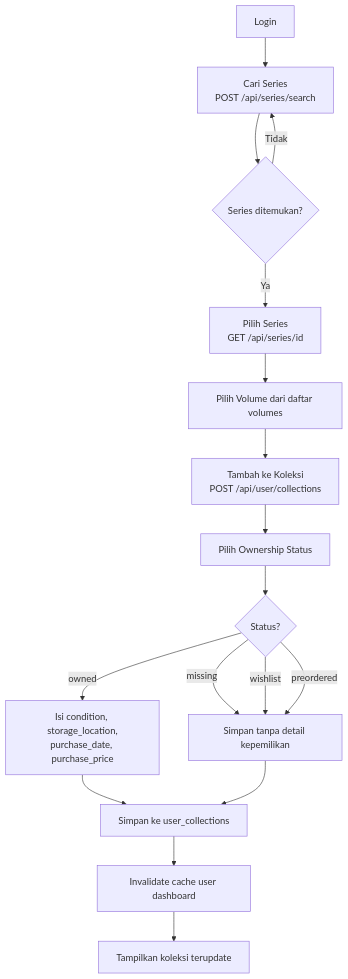
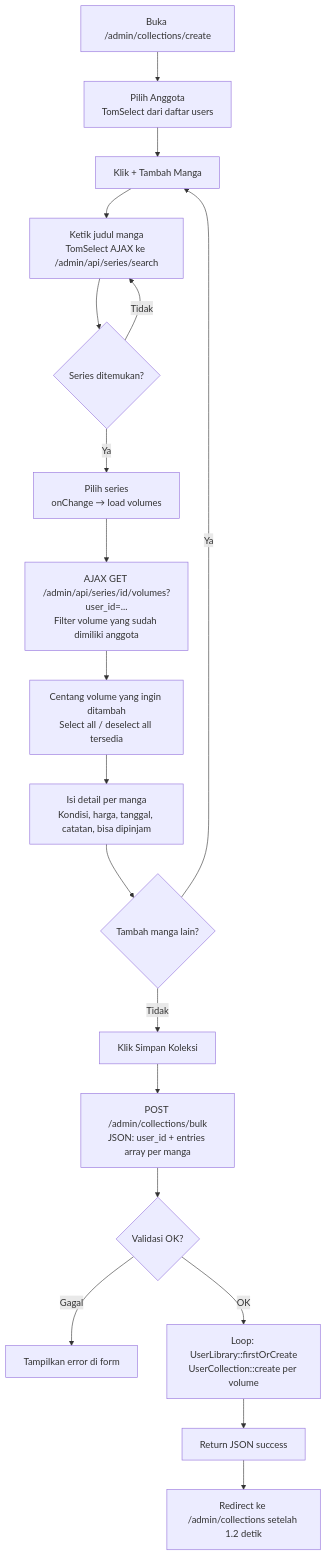
The first of 6 diagrams in docs/03-user-flow.md (srytmj/malas), drawn with Mermaid before and after one commit. The commit also changed other lines of this file and 1127 other files, not shown here.

Commit message:
feat: initialize Laravel project structure with modular admin, collection, and core components

````diff
--- a/docs/03-user-flow.md
+++ b/docs/03-user-flow.md
@@ -7,19 +7,21 @@
 ```mermaid
 flowchart TD
-    A[Login] --> B[Cari Series<br/>POST /api/series/search]
-    B --> C{Series ditemukan?}
-    C -- Tidak --> B
-    C -- Ya --> D[Pilih Series<br/>GET /api/series/id]
-    D --> E[Pilih Volume dari daftar volumes]
-    E --> F[Tambah ke Koleksi<br/>POST /api/user/collections]
-    F --> G[Pilih Ownership Status]
-    G --> H{Status?}
-    H -- owned --> I[Isi condition, storage_location,<br/>purchase_date, purchase_price]
-    H -- missing --> J[Simpan tanpa detail kepemilikan]
-    H -- wishlist --> J
-    H -- preordered --> J
-    I --> K[Simpan ke user_collections]
-    J --> K
-    K --> L[Invalidate cache user dashboard]
-    L --> M[Tampilkan koleksi terupdate]
+    A[Buka /admin/collections/create] --> B[Pilih Anggota\nTomSelect dari daftar users]
+    B --> C[Klik + Tambah Manga]
+    C --> D[Ketik judul manga\nTomSelect AJAX ke /admin/api/series/search]
+    D --> E{Series ditemukan?}
+    E -- Tidak --> D
+    E -- Ya --> F[Pilih series\nonChange → load volumes]
+    F --> G[AJAX GET /admin/api/series/id/volumes?user_id=...\nFilter volume yang sudah dimiliki anggota]
+    G --> H[Centang volume yang ingin ditambah\nSelect all / deselect all tersedia]
+    H --> I[Isi detail per manga\nKondisi, harga, tanggal, catatan, bisa dipinjam]
+    I --> J{Tambah manga lain?}
+    J -- Ya --> C
+    J -- Tidak --> K[Klik Simpan Koleksi]
+    K --> L[POST /admin/collections/bulk\nJSON: user_id + entries array per manga]
+    L --> M{Validasi OK?}
+    M -- Gagal --> N[Tampilkan error di form]
+    M -- OK --> O[Loop: UserLibrary::firstOrCreate\nUserCollection::create per volume]
+    O --> P[Return JSON success]
+    P --> Q[Redirect ke /admin/collections setelah 1.2 detik]
 ```
````
